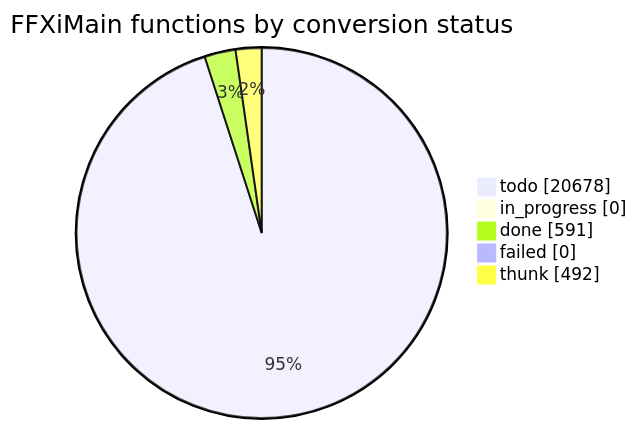
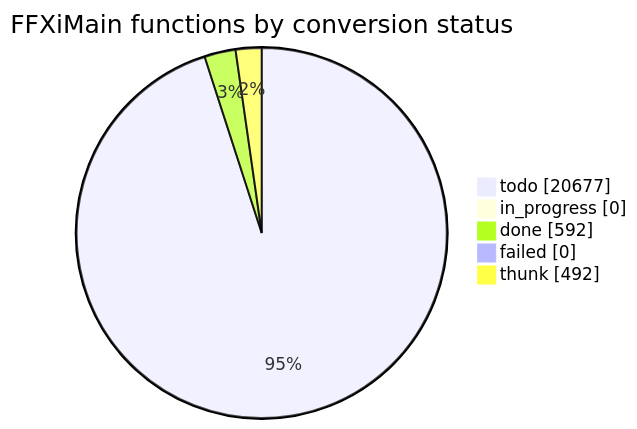
One commit to cowrevenge/cow_kuluu_xi_anything changed the diagram in docs/cow/STATUS.md. Above: the diagram before and after it, drawn with Mermaid. The commit also changed other lines of this file and 9 other files, not shown here.

````diff
--- a/docs/cow/STATUS.md
+++ b/docs/cow/STATUS.md
@@ -18,9 +18,9 @@
 ```mermaid
 pie showData
     title FFXiMain functions by conversion status
-    "todo" : 20678
+    "todo" : 20677
     "in_progress" : 0
-    "done" : 591
+    "done" : 592
     "failed" : 0
     "thunk" : 492
 ```
````
